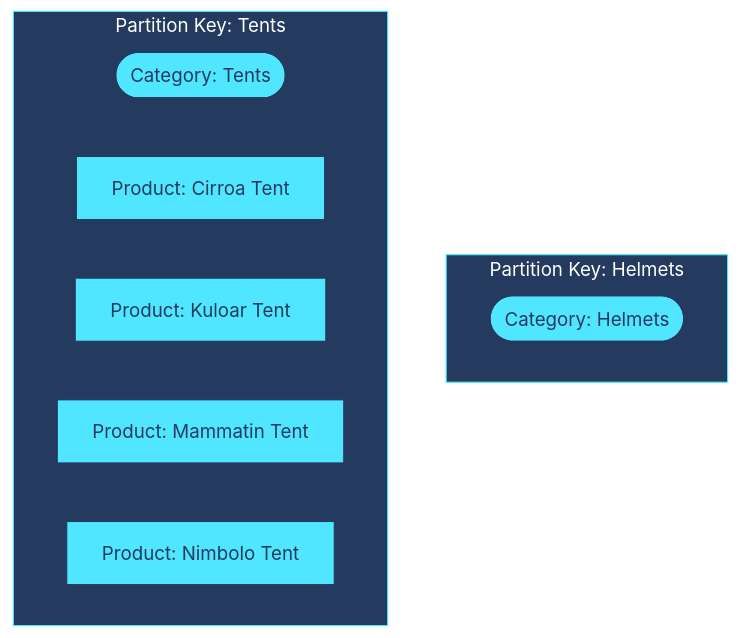
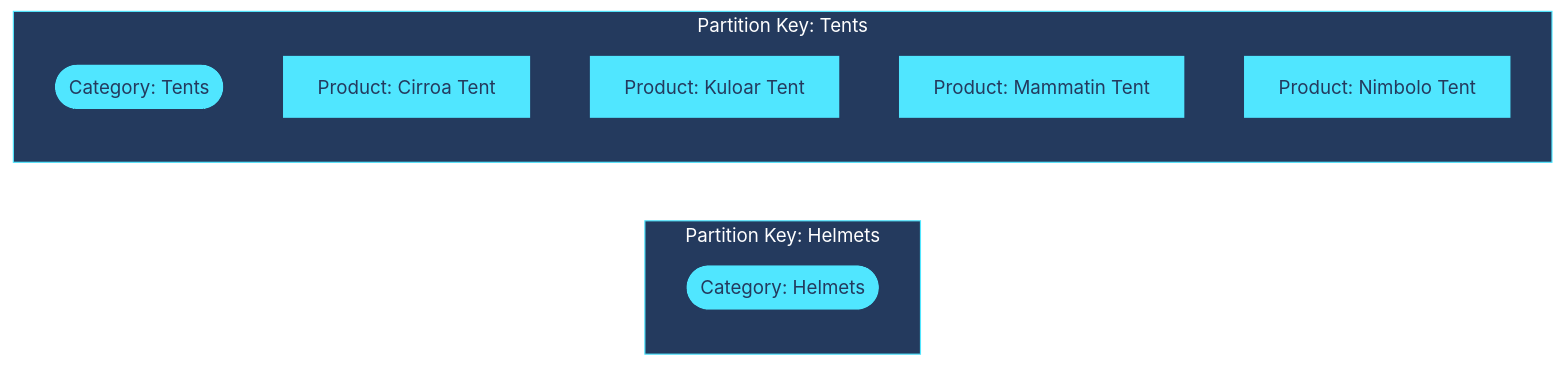
One commit to MicrosoftDocs/learn changed the diagram in learn-pr/azure/build-dotnet-app-cosmos-db-sql-api/resources/diagram-items.mmd. Above: the diagram before and after it, drawn with Mermaid. The commit also changed 10 other files, not shown here.

```diff
--- a/learn-pr/azure/build-dotnet-app-cosmos-db-sql-api/resources/diagram-items.mmd
+++ b/learn-pr/azure/build-dotnet-app-cosmos-db-sql-api/resources/diagram-items.mmd
@@ -1,14 +1,14 @@
 %%{ init: { 'theme': 'base', 'themeVariables': { 'background': '#243A5E', 'primaryColor': '#50E6FF', 'primaryBorderColor': '#243A5E', 'tertiaryBorderColor': '#50E6FF', 'tertiaryColor': '#243A5E', 'fontFamily': 'Segoe UI', 'lineColor': '#FFFFFF', 'primaryTextColor': '#243A5E', 'tertiaryTextColor': '#FFFFFF' } }}%%
-flowchart BT
+flowchart LR
     subgraph pk-helmets[Partition Key: Helmets]
-        direction LR
+        direction TB
         cat-helmets([Category: Helmets])
     end
     subgraph pk-tents[Partition Key: Tents]
-        direction RL
+        direction BT
         cat-tents([Category: Tents])
         prd-cirroa[Product: Cirroa Tent]
         prd-kuloar[Product: Kuloar Tent]
         prd-mammatin[Product: Mammatin Tent]
         prd-nimbolo[Product: Nimbolo Tent]
     end
```
